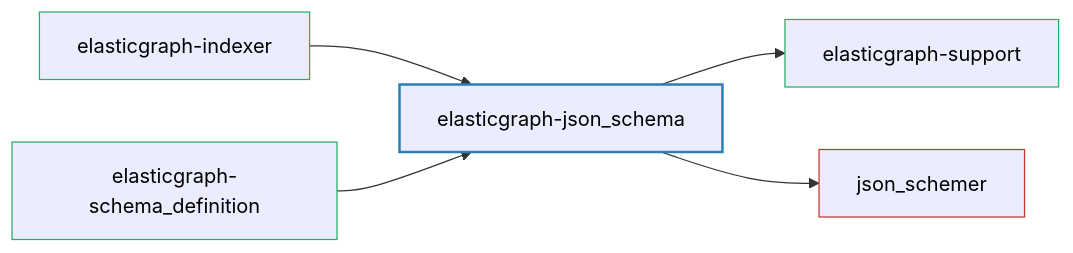
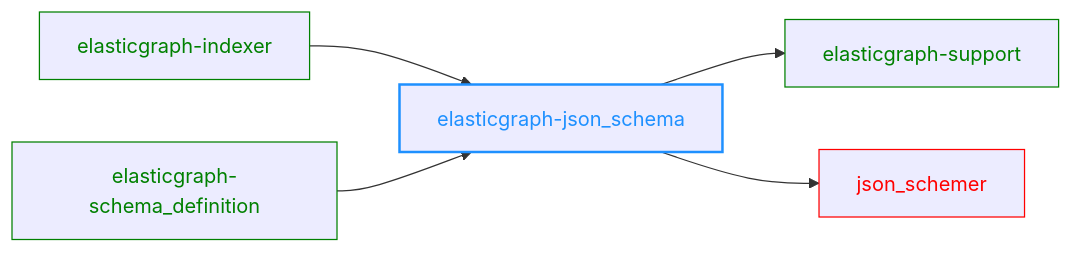
One commit to block/elasticgraph changed the diagram in elasticgraph-json_schema/README.md. Above: the diagram before and after it, drawn with Mermaid. The commit also changed 23 other files, not shown here.

````diff
--- a/elasticgraph-json_schema/README.md
+++ b/elasticgraph-json_schema/README.md
@@ -7,17 +7,18 @@
 ```mermaid
 graph LR;
     elasticgraph-json_schema["elasticgraph-json_schema"];
     elasticgraph-support["elasticgraph-support"];
     elasticgraph-json_schema --> elasticgraph-support;
     json_schemer["json_schemer"];
     elasticgraph-json_schema --> json_schemer;
     elasticgraph-indexer["elasticgraph-indexer"];
     elasticgraph-indexer --> elasticgraph-json_schema;
     elasticgraph-schema_definition["elasticgraph-schema_definition"];
     elasticgraph-schema_definition --> elasticgraph-json_schema;
-    style elasticgraph-json_schema fill:#lightblue,stroke:#2980b9,stroke-width:2px,color:#000;
-    style elasticgraph-support fill:#lightgreen,stroke:#27ae60,stroke-width:1px,color:#000;
-    style json_schemer fill:#lightcoral,stroke:#c0392b,stroke-width:1px,color:#000;
-    style elasticgraph-indexer fill:#lightgreen,stroke:#27ae60,stroke-width:1px,color:#000;
-    style elasticgraph-schema_definition fill:#lightgreen,stroke:#27ae60,stroke-width:1px,color:#000;
+    style elasticgraph-json_schema color:DodgerBlue,stroke-width:2px,stroke:DodgerBlue;
+    style elasticgraph-support color:Green,stroke:Green;
+    style json_schemer color:Red,stroke:Red;
+    style elasticgraph-indexer color:Green,stroke:Green;
+    style elasticgraph-schema_definition color:Green,stroke:Green;
+    click json_schemer href "https://rubygems.org/gems/json_schemer" "Open on RubyGems.org" _blank;
 ```
````
